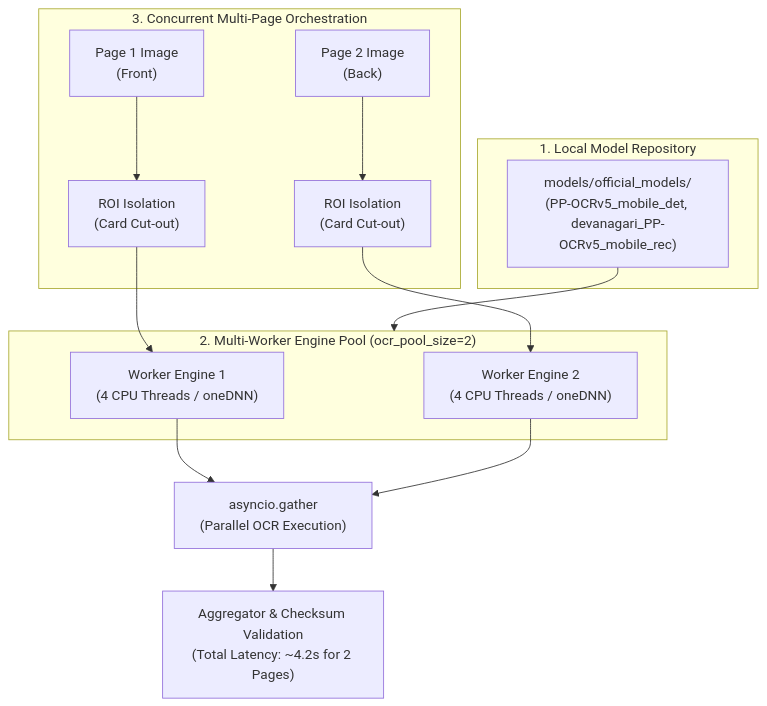
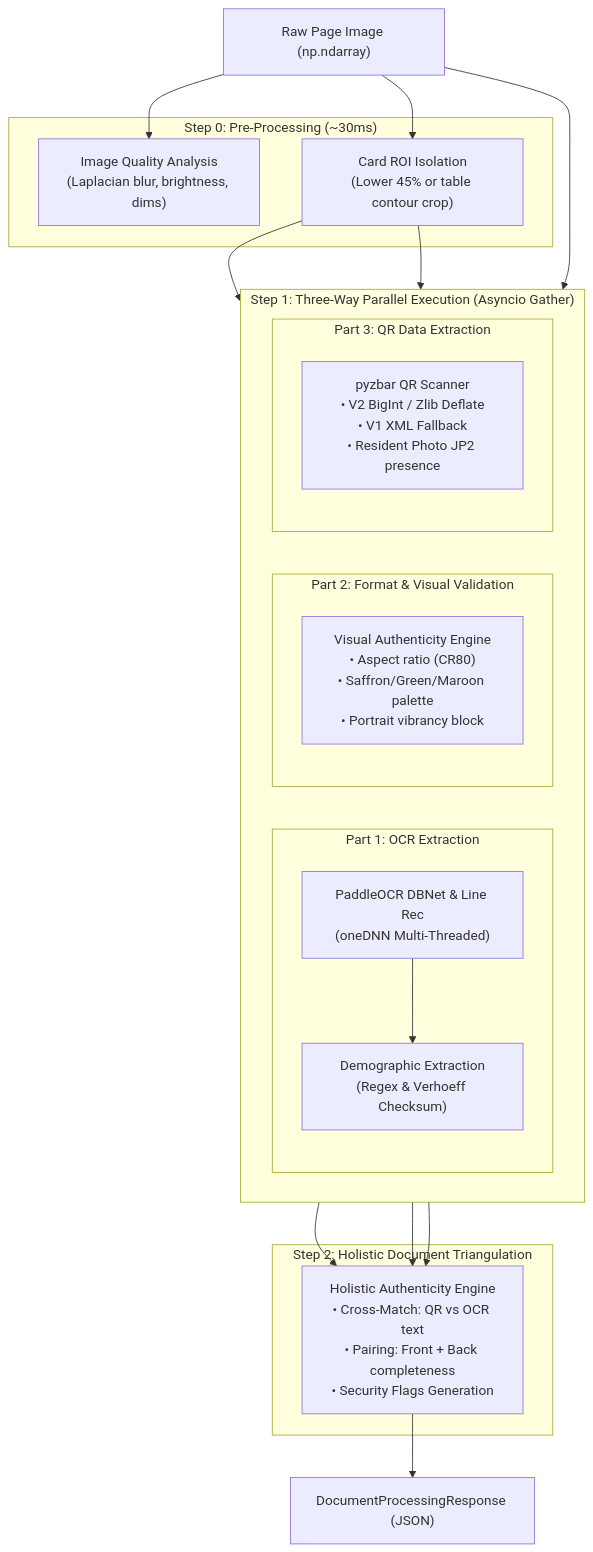
The second of 2 diagrams in ARCHITECTURE.md (sahilmankar/AadharExtraction), drawn with Mermaid before and after one commit. The commit also changed other lines of this file and 18 other files, not shown here.

````diff
--- a/ARCHITECTURE.md
+++ b/ARCHITECTURE.md
@@ -216,21 +60,42 @@
 ```mermaid
 flowchart TD
-    subgraph Storage["1. Local Model Repository"]
-        MDir["models/official_models/\n(PP-OCRv5_mobile_det, devanagari_PP-OCRv5_mobile_rec)"]
+    RawPage["Raw Page Image (np.ndarray)"]
+    
+    subgraph Step0["Step 0: Pre-Processing (~30ms)"]
+        Quality["Image Quality Analysis\n(Laplacian blur, brightness, dims)"]
+        ROI["Card ROI Isolation\n(Lower 45% or table contour crop)"]
+    end
+    
+    RawPage --> Quality
+    RawPage --> ROI
+
+    subgraph Step1["Step 1: Three-Way Parallel Execution (Asyncio Gather)"]
+        direction LR
+        subgraph Branch1["Part 1: OCR Extraction"]
+            OCR["PaddleOCR DBNet & Line Rec\n(oneDNN Multi-Threaded)"]
+            Parse["Demographic Extraction\n(Regex & Verhoeff Checksum)"]
+            OCR --> Parse
+        end
+
+        subgraph Branch2["Part 2: Format & Visual Validation"]
+            Visual["Visual Authenticity Engine\n• Aspect ratio (CR80)\n• Saffron/Green/Maroon palette\n• Portrait vibrancy block"]
+        end
+
+        subgraph Branch3["Part 3: QR Data Extraction"]
+            QRDec["pyzbar QR Scanner\n• V2 BigInt / Zlib Deflate\n• V1 XML Fallback\n• Resident Photo JP2 presence"]
+        end
     end
 
-    subgraph Pool["2. Multi-Worker Engine Pool (ocr_pool_size=2)"]
-        W1["Worker Engine 1\n(4 CPU Threads / oneDNN)"]
-        W2["Worker Engine 2\n(4 CPU Threads / oneDNN)"]
+    ROI --> Branch1
+    ROI --> Branch2
+    RawPage --> Branch3
+
+    subgraph Step2["Step 2: Holistic Document Triangulation"]
+        Triangulate["Holistic Authenticity Engine\n• Cross-Match: QR vs OCR text\n• Pairing: Front + Back completeness\n• Security Flags Generation"]
     end
 
-    subgraph Pipeline["3. Concurrent Multi-Page Orchestration"]
-        P1["Page 1 Image\n(Front)"] --> ROI1["ROI Isolation\n(Card Cut-out)"] --> W1
-        P2["Page 2 Image\n(Back)"] --> ROI2["ROI Isolation\n(Card Cut-out)"] --> W2
-    end
-
-    MDir --> Pool
-    W1 --> Gather["asyncio.gather\n(Parallel OCR Execution)"]
-    W2 --> Gather
-    Gather --> Aggregator["Aggregator & Checksum Validation\n(Total Latency: ~4.2s for 2 Pages)"]
+    Branch1 --> Triangulate
+    Branch2 --> Triangulate
+    Branch3 --> Triangulate
+    Triangulate --> Final["DocumentProcessingResponse (JSON)"]
 ```
````
